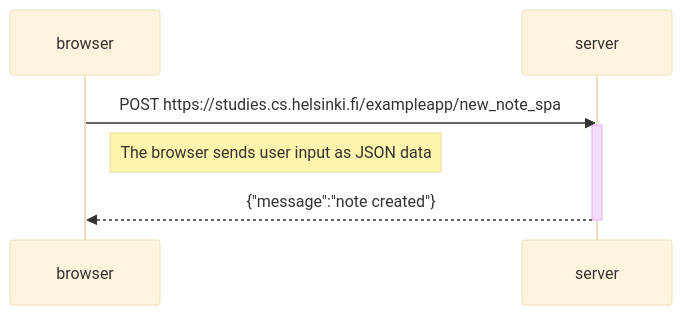
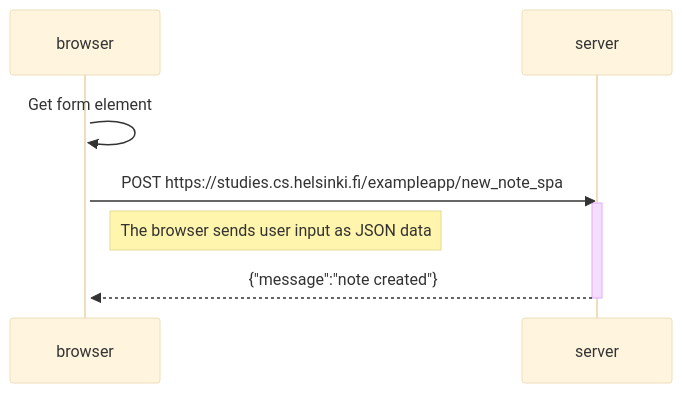
One commit to ngarciaotero/full_stack_open changed the diagram in part_0/new_note_spa_diagram.md. Above: the diagram before and after it, drawn with Mermaid (base theme).

Commit message:
added browser form handler trigger

````diff
--- a/part_0/new_note_spa_diagram.md
+++ b/part_0/new_note_spa_diagram.md
@@ -1,12 +1,15 @@
 ```mermaid
 sequenceDiagram
     participant browser
     participant server
+
+    activate browser
+    browser->>browser: Get form element
 
     browser->>server: POST https://studies.cs.helsinki.fi/exampleapp/new_note_spa
     activate server
     Note right of browser: The browser sends user input as JSON data
     server-->>browser: {"message":"note created"}
     deactivate server
 
 ```
````
